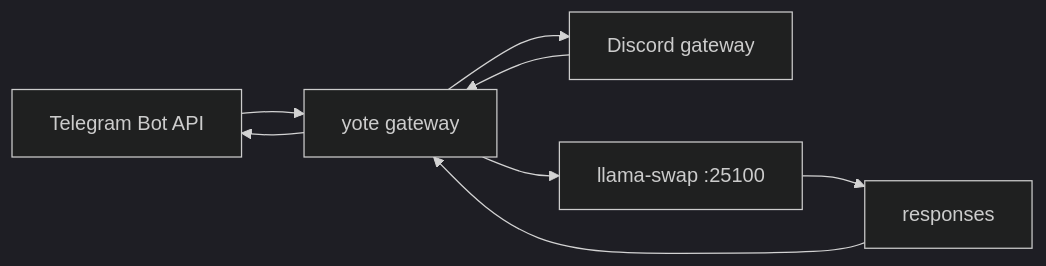
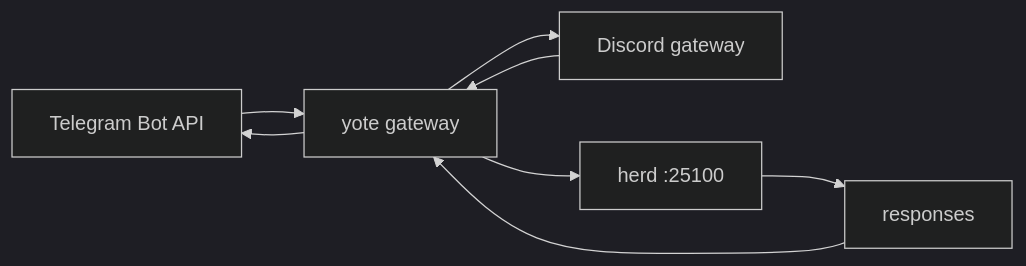
Before and after one commit to toxicwind/ranch: the diagram in yote/rust-gateway/README.md, drawn with Mermaid (dark theme). The commit also changed other lines of this file and 6569 other files, not shown here.

````diff
--- a/yote/rust-gateway/README.md
+++ b/yote/rust-gateway/README.md
@@ -19,8 +19,8 @@
 ```mermaid
 flowchart LR
     TG[Telegram Bot API] --> GW[yote gateway]
     DC[Discord gateway] --> GW
-    GW --> LLM[llama-swap :25100]
+    GW --> LLM[herd :25100]
     LLM --> R[responses]
     R --> GW --> TG & DC
 ```
````
